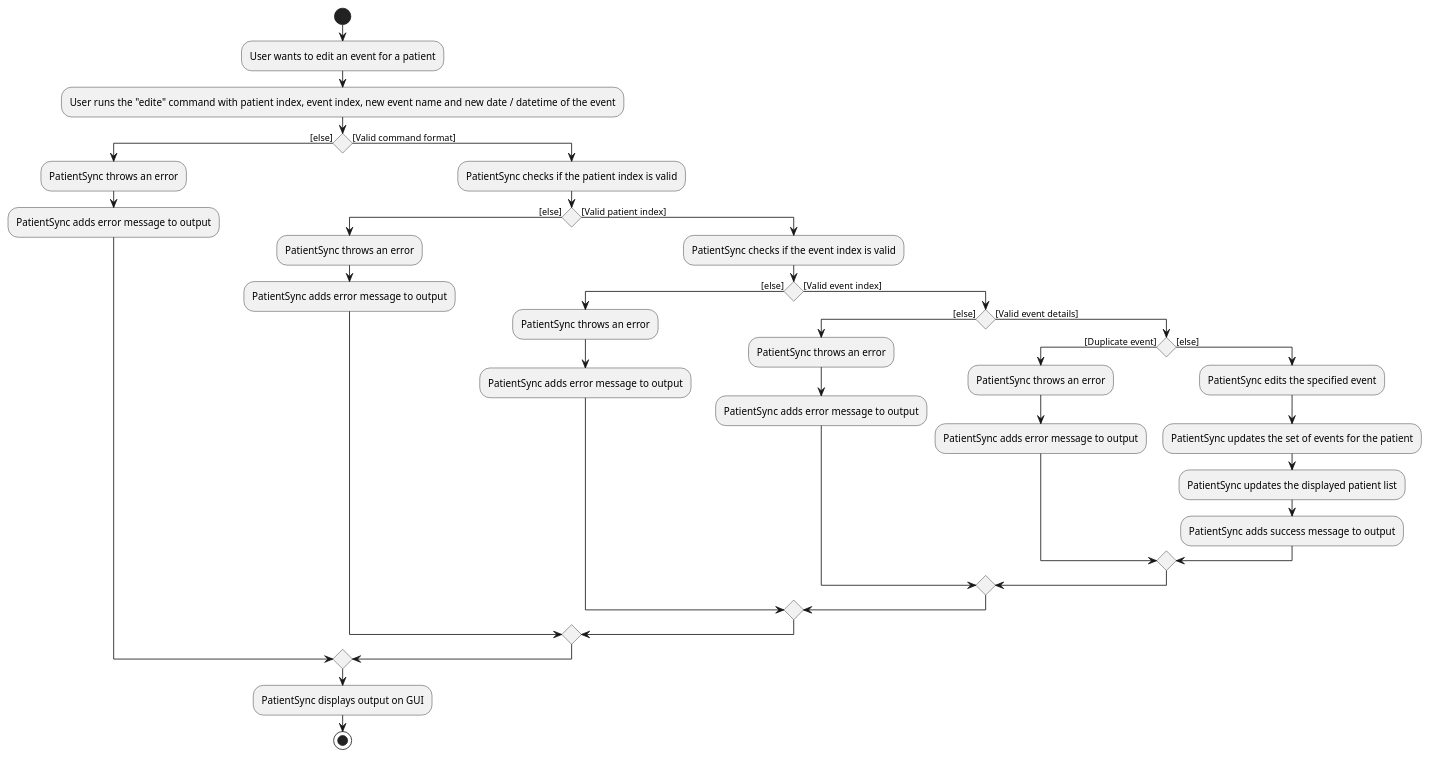
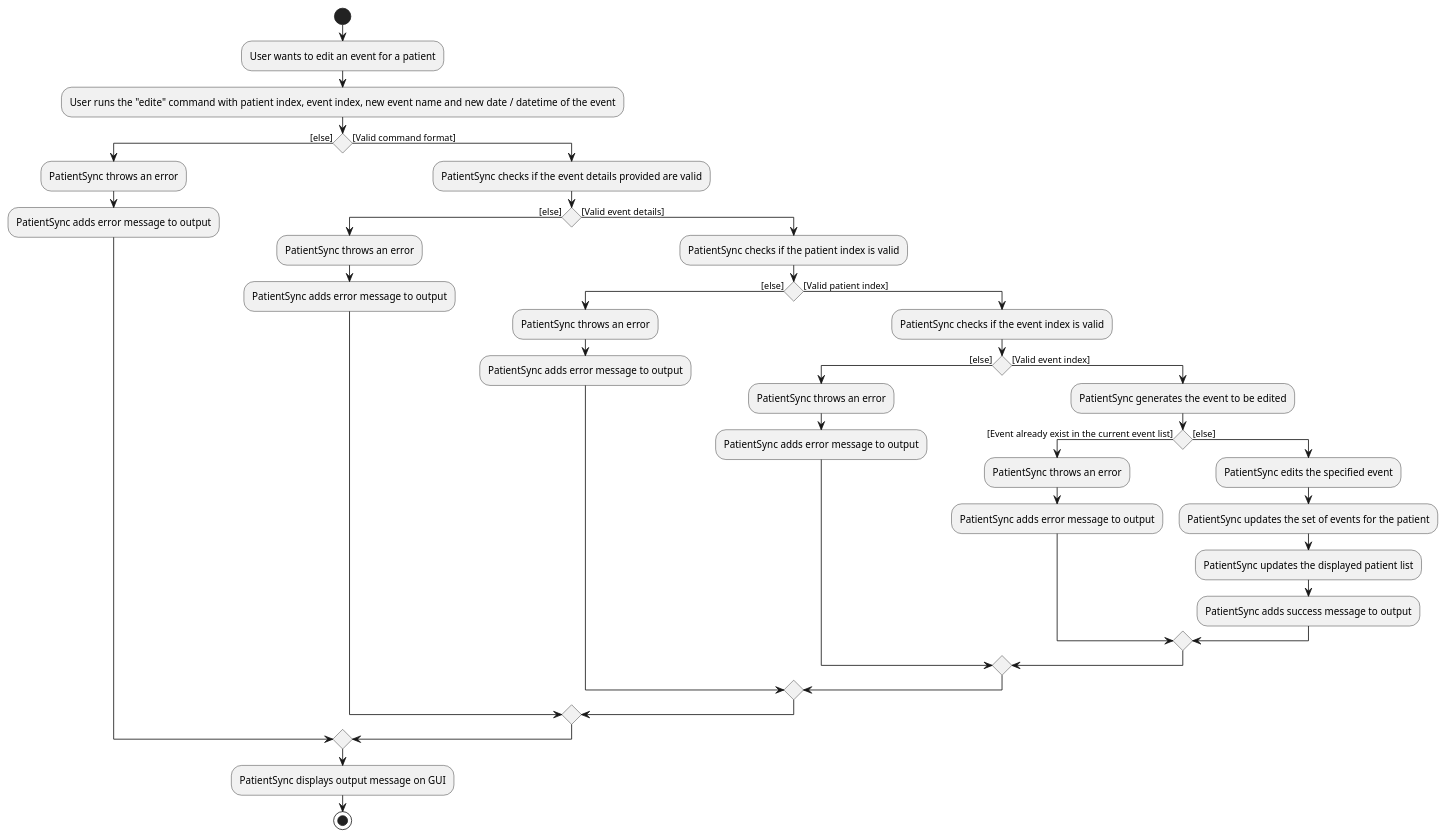
The diagram in docs/diagrams/EditEventActivityDiagram.puml (NeoHW/tp), drawn with PlantUML before and after one commit.

Commit message:
Update EditEventActivityDiagram to obtain the correct workflow

```diff
--- a/docs/diagrams/EditEventActivityDiagram.puml
+++ b/docs/diagrams/EditEventActivityDiagram.puml
@@ -1,38 +1,40 @@
 @startuml
 start
 :User wants to edit an event for a patient;
 :User runs the "edite" command with patient index, event index, new event name and new date / datetime of the event;
 if () then ([else])
     :PatientSync throws an error;
     :PatientSync adds error message to output;
 else ([Valid command format])
-    :PatientSync checks if the patient index is valid;
+    :PatientSync checks if the event details provided are valid;
     if () then ([else])
         :PatientSync throws an error;
         :PatientSync adds error message to output;
-    else ([Valid patient index])
-        :PatientSync checks if the event index is valid;
+    else ([Valid event details])
+        :PatientSync checks if the patient index is valid;
         if () then ([else])
             :PatientSync throws an error;
             :PatientSync adds error message to output;
-        else ([Valid event index])
+        else ([Valid patient index])
+            :PatientSync checks if the event index is valid;
             if () then ([else])
                 :PatientSync throws an error;
                 :PatientSync adds error message to output;
-            else ([Valid event details])
-                if () then ([Duplicate event])
+            else ([Valid event index])
+                :PatientSync generates the event to be edited;
+                if () then ([Event already exist in the current event list])
                     :PatientSync throws an error;
                     :PatientSync adds error message to output;
                 else ([else])
                     :PatientSync edits the specified event;
                     :PatientSync updates the set of events for the patient;
                     :PatientSync updates the displayed patient list;
                     :PatientSync adds success message to output;
                 endif
             endif
         endif
     endif
 endif
-:PatientSync displays output on GUI;
+:PatientSync displays output message on GUI;
 stop
 @enduml
```
